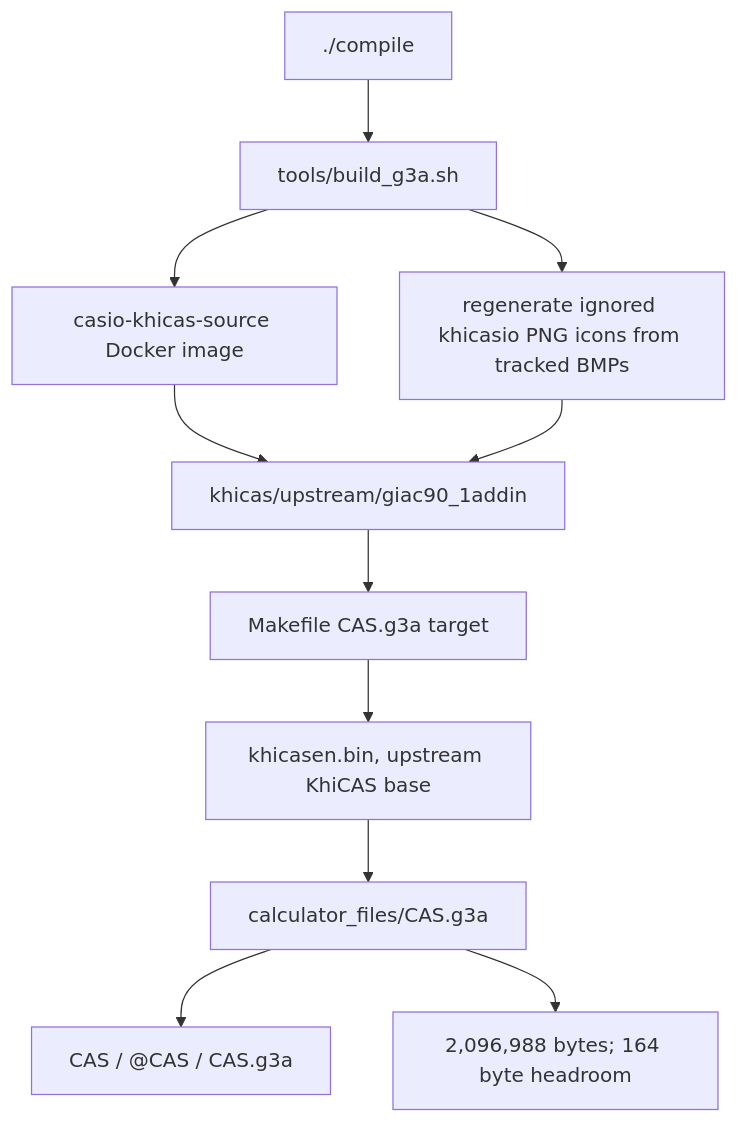
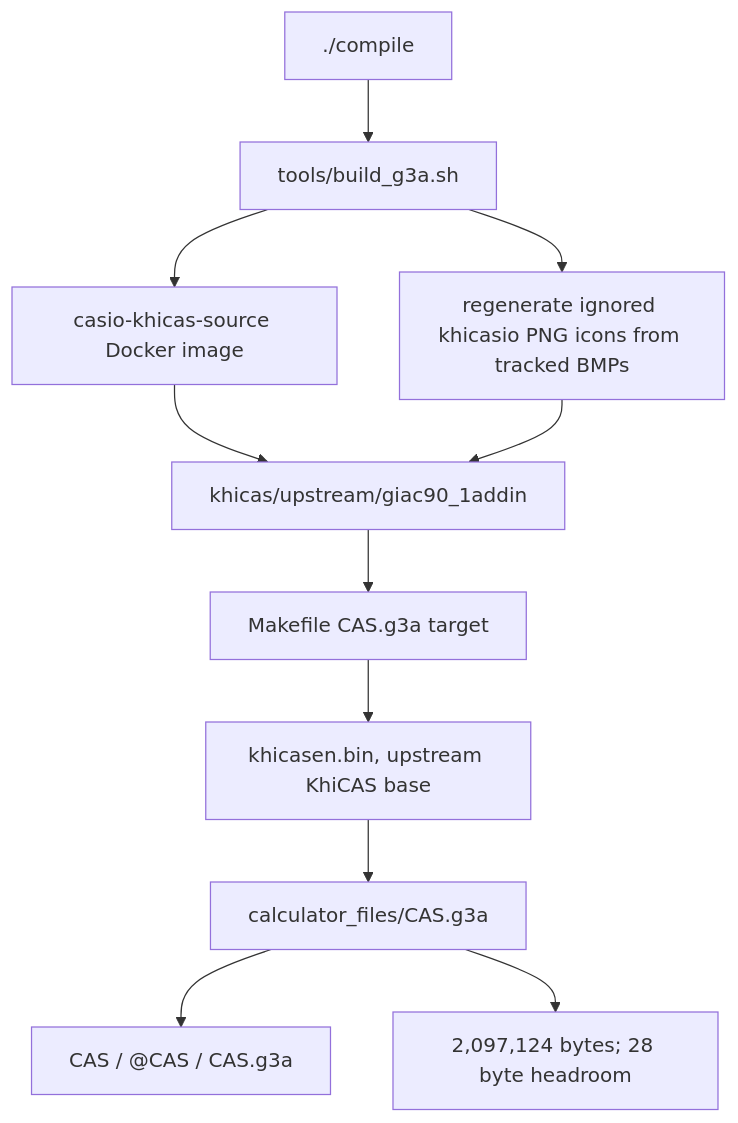
Before and after one commit to james8464/notes-addin-casio-fx-cg50: the first of 6 diagrams in docs/GRAPH.md, drawn with Mermaid. The commit also changed other lines of this file and 3 other files, not shown here.

````diff
--- a/docs/GRAPH.md
+++ b/docs/GRAPH.md
@@ -7,13 +7,13 @@
 ```mermaid
 graph TD
   Compile["./compile"] --> Build["tools/build_g3a.sh"]
   Build --> Docker["casio-khicas-source Docker image"]
   Docker --> Src["khicas/upstream/giac90_1addin"]
   Build --> Icons["regenerate ignored khicasio PNG icons from tracked BMPs"]
   Icons --> Src
   Src --> Make["Makefile CAS.g3a target"]
   Make --> Bin["khicasen.bin, upstream KhiCAS base"]
   Bin --> G3A["calculator_files/CAS.g3a"]
   G3A --> Meta["CAS / @CAS / CAS.g3a"]
-  G3A --> Size["2,096,988 bytes; 164 byte headroom"]
+  G3A --> Size["2,097,124 bytes; 28 byte headroom"]
 ```
````
